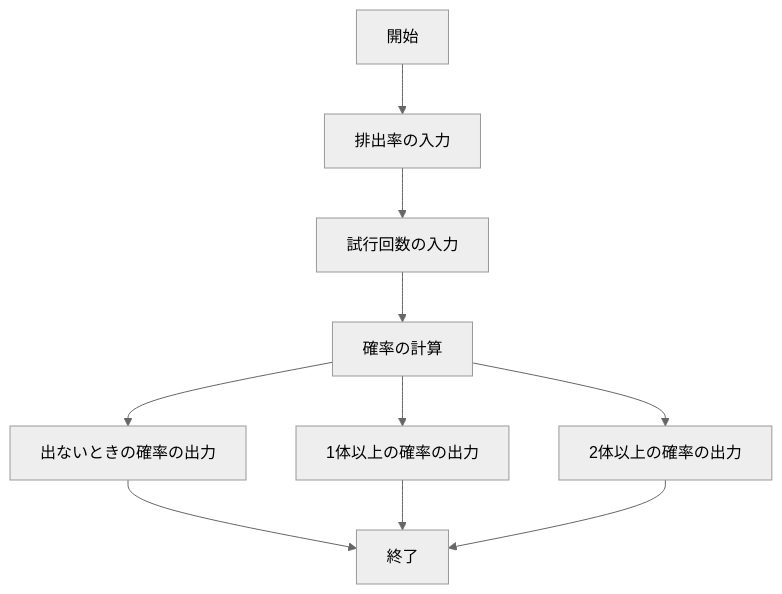
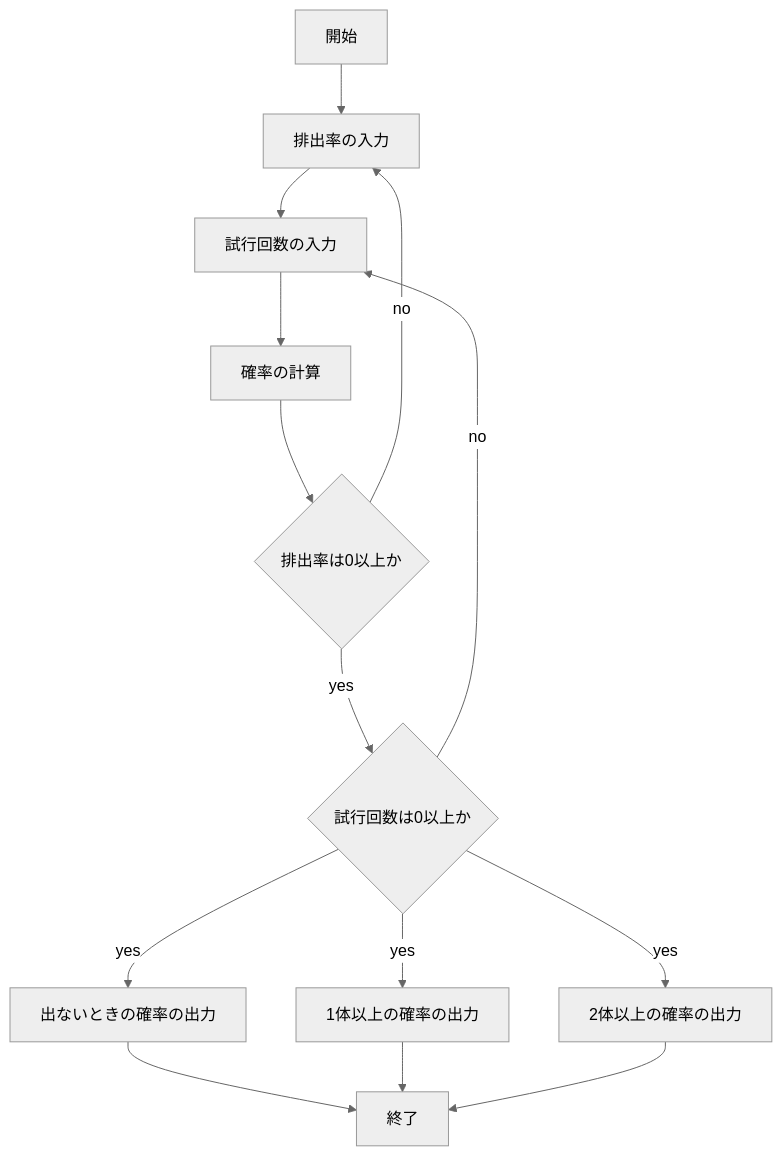
One commit to Oguchi-Haruto/webpro_06 changed the second of 2 diagrams in README.md. Above: the diagram before and after it, drawn with Mermaid (neutral theme). The commit also changed 2 other files, not shown here.

Commit message:
修正版

````diff
--- a/README.md
+++ b/README.md
@@ -100,23 +100,29 @@
 ```mermaid
 flowchart TD;
 
 start["開始"];
 end1["終了"]
-if1["排出率の入力"]
-if2["試行回数の入力"]
+nyuryoku1["排出率の入力"]
+nyuryoku2["試行回数の入力"]
 keisan["確率の計算"]
+if1{"排出率は0以上か"}
+if2{"試行回数は0以上か"}
 syu0["出ないときの確率の出力"]
 syu1["1体以上の確率の出力"]
 syu2["2体以上の確率の出力"]
 
 
-start --> if1
-if1 --> if2
-if2 --> keisan
-keisan --> syu0
-keisan --> syu1
-keisan --> syu2
+start --> nyuryoku1
+nyuryoku1 --> nyuryoku2
+nyuryoku2 --> keisan
+keisan --> if1
+if1 --> |yes|if2
+if1 --> |no|nyuryoku1
+if2 --> |yes|syu0 
+if2 --> |yes|syu1 
+if2 --> |yes|syu2
+if2 --> |no|nyuryoku2
 syu0 --> end1
 syu1 --> end1
 syu2 --> end1
 ```
````
